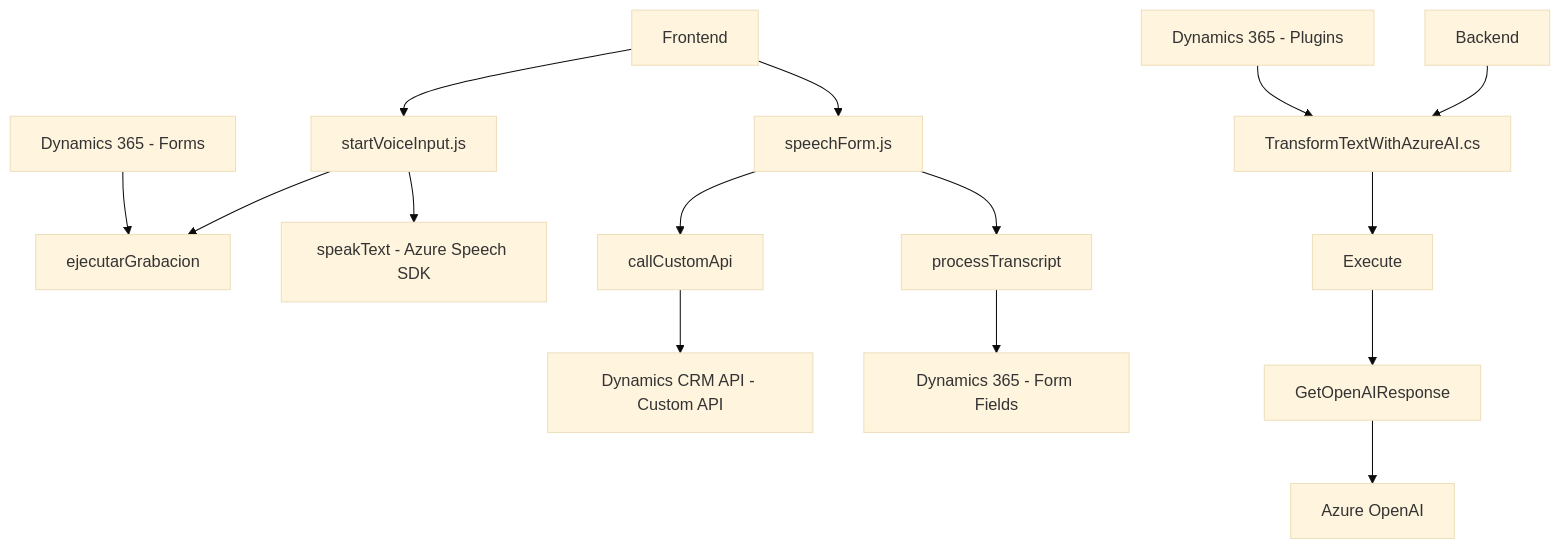
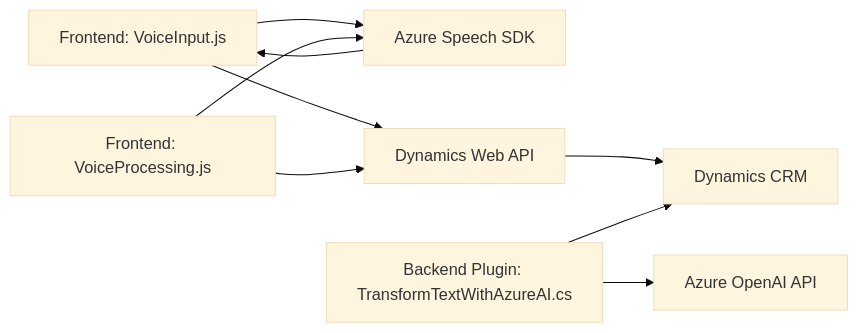
The diagram in README.md (blopezdm/NETCORE_BILBAO2025), drawn with Mermaid (base theme) before and after one commit. The commit also changed other lines of this file, not shown here.

````diff
--- a/README.md
+++ b/README.md
@@ -37,17 +32,11 @@
 ```mermaid
-graph TD
-    A[Frontend] --> B[startVoiceInput.js]
-    A --> C[speechForm.js]
-    B --> D[ejecutarGrabacion]
-    B --> E[speakText - Azure Speech SDK]
-    C --> F[callCustomApi]
-    C --> G[processTranscript]
-    F --> H["Dynamics CRM API - Custom API"]
-    CRM1["Dynamics 365 - Forms"] --> D
-    G --> CRM2["Dynamics 365 - Form Fields"]
-    I[Backend] --> J[TransformTextWithAzureAI.cs]
-    J --> L[Execute]
-    L --> M[GetOpenAIResponse]
-    M --> N["Azure OpenAI"]
-    CRM3["Dynamics 365 - Plugins"] --> J
+graph LR
+A["Frontend: VoiceInput.js"] --> B["Azure Speech SDK"]
+A --> C["Dynamics Web API"]
+C --> D["Dynamics CRM"]
+B --> A
+E["Frontend: VoiceProcessing.js"] --> B
+E --> C
+F["Backend Plugin: TransformTextWithAzureAI.cs"] --> G["Azure OpenAI API"]
+F --> D
 ```
````
